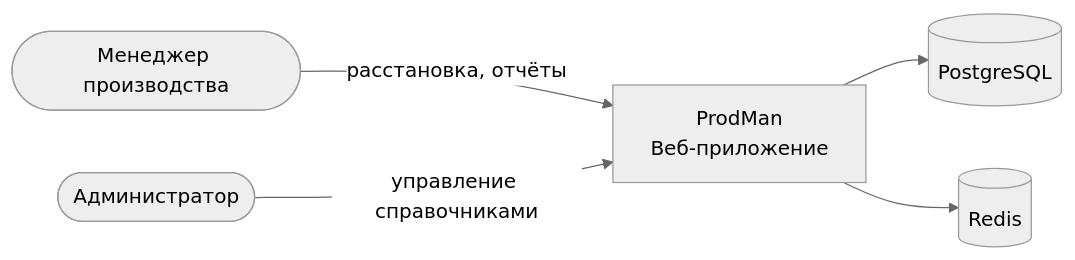
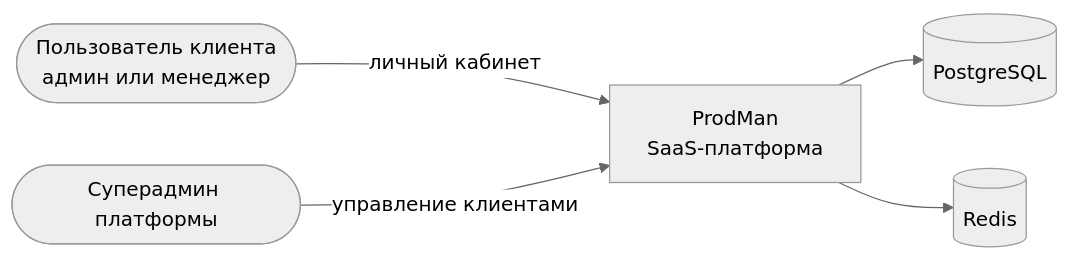
Before and after one commit to DaurenMash/production_manager: the first of 4 diagrams in docs/architecture.md, drawn with Mermaid (neutral theme). The commit also changed other lines of this file and 7 other files, not shown here.

Commit message:
docs: switch to SaaS model, add tenancy ADR and employee schema

````diff
--- a/docs/architecture.md
+++ b/docs/architecture.md
@@ -5,13 +7,15 @@
 ```mermaid
 flowchart LR
-    Manager([Менеджер производства])
-    Admin([Администратор])
-    ProdMan[ProdMan<br/>Веб-приложение]
+    ClientUser([Пользователь клиента<br/>админ или менеджер])
+    SuperAdmin([Суперадмин платформы])
+
+    ProdMan[ProdMan<br/>SaaS-платформа]
     DB[(PostgreSQL)]
     Redis[(Redis)]
 
-    Manager -->|расстановка, отчёты| ProdMan
-    Admin -->|управление справочниками| ProdMan
+    ClientUser -->|личный кабинет| ProdMan
+    SuperAdmin -->|управление клиентами| ProdMan
+
     ProdMan --> DB
     ProdMan --> Redis
 ```
````
